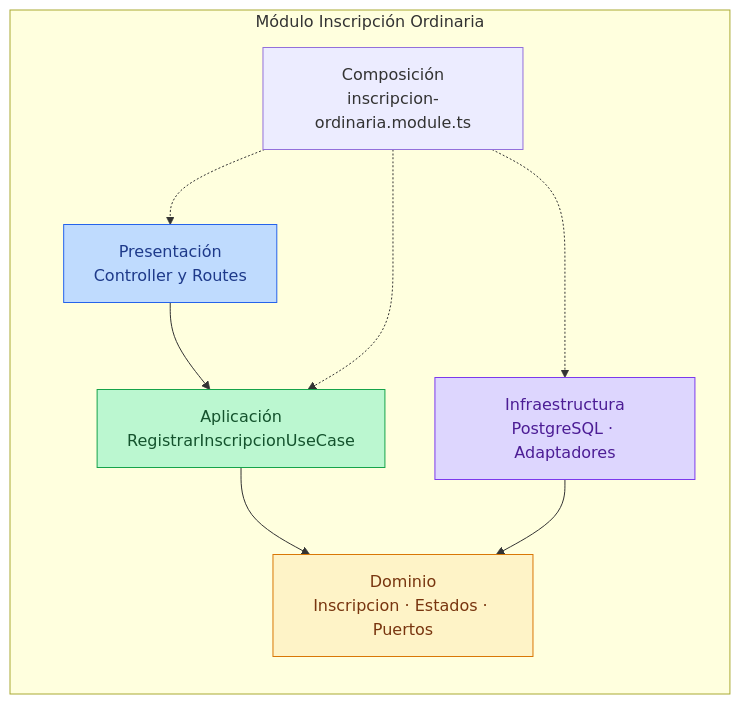
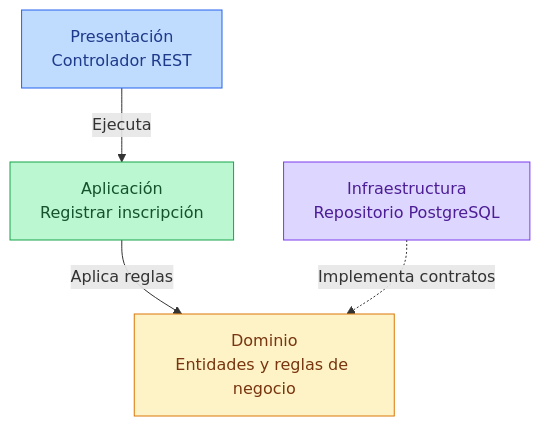
The diagram in docs/03-diseño-de-software/diseño-interno-modulos.md (DiegoCoras06/ENTREGABLE-01-PROPUESTA-INICIAL-DEL-PROYECTO), drawn with Mermaid before and after one commit. The commit also changed other lines of this file, not shown here.

````diff
--- a/docs/03-diseño-de-software/diseño-interno-modulos.md
+++ b/docs/03-diseño-de-software/diseño-interno-modulos.md
@@ -97,28 +46,21 @@
 ```mermaid
 flowchart TB
-    subgraph MOD["Módulo Inscripción Ordinaria"]
-        direction TB
-        P["Presentación<br/>Controller y Routes"]
-        A["Aplicación<br/>RegistrarInscripcionUseCase"]
-        D["Dominio<br/>Inscripcion · Estados · Puertos"]
-        I["Infraestructura<br/>PostgreSQL · Adaptadores"]
-        C["Composición<br/>inscripcion-ordinaria.module.ts"]
-    end
+    P["Presentación<br/>Controlador REST"]
+    A["Aplicación<br/>Registrar inscripción"]
+    D["Dominio<br/>Entidades y reglas de negocio"]
+    I["Infraestructura<br/>Repositorio PostgreSQL"]
 
-    P --> A
-    A --> D
-    I --> D
-    C -.-> P
-    C -.-> A
-    C -.-> I
+    P -->|"Ejecuta"| A
+    A -->|"Aplica reglas"| D
+    I -.->|"Implementa contratos"| D
 
+    classDef presentacion fill:#bfdbfe,stroke:#2563eb,color:#1e3a8a
+    classDef aplicacion fill:#bbf7d0,stroke:#16a34a,color:#14532d
     classDef dominio fill:#fef3c7,stroke:#d97706,color:#78350f
-    classDef aplicacion fill:#bbf7d0,stroke:#16a34a,color:#14532d
     classDef infraestructura fill:#ddd6fe,stroke:#7c3aed,color:#4c1d95
-    classDef presentacion fill:#bfdbfe,stroke:#2563eb,color:#1e3a8a
 
+    class P presentacion
+    class A aplicacion
     class D dominio
-    class A aplicacion
     class I infraestructura
-    class P presentacion
 ```
````
